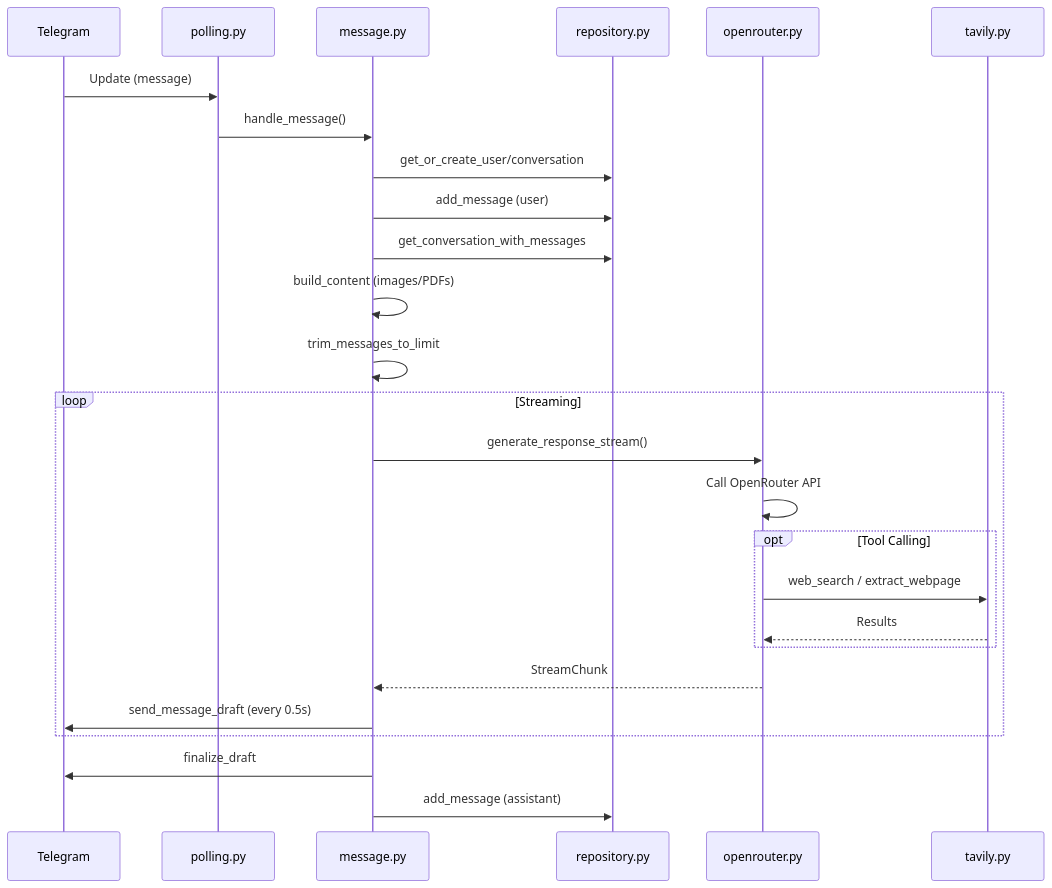
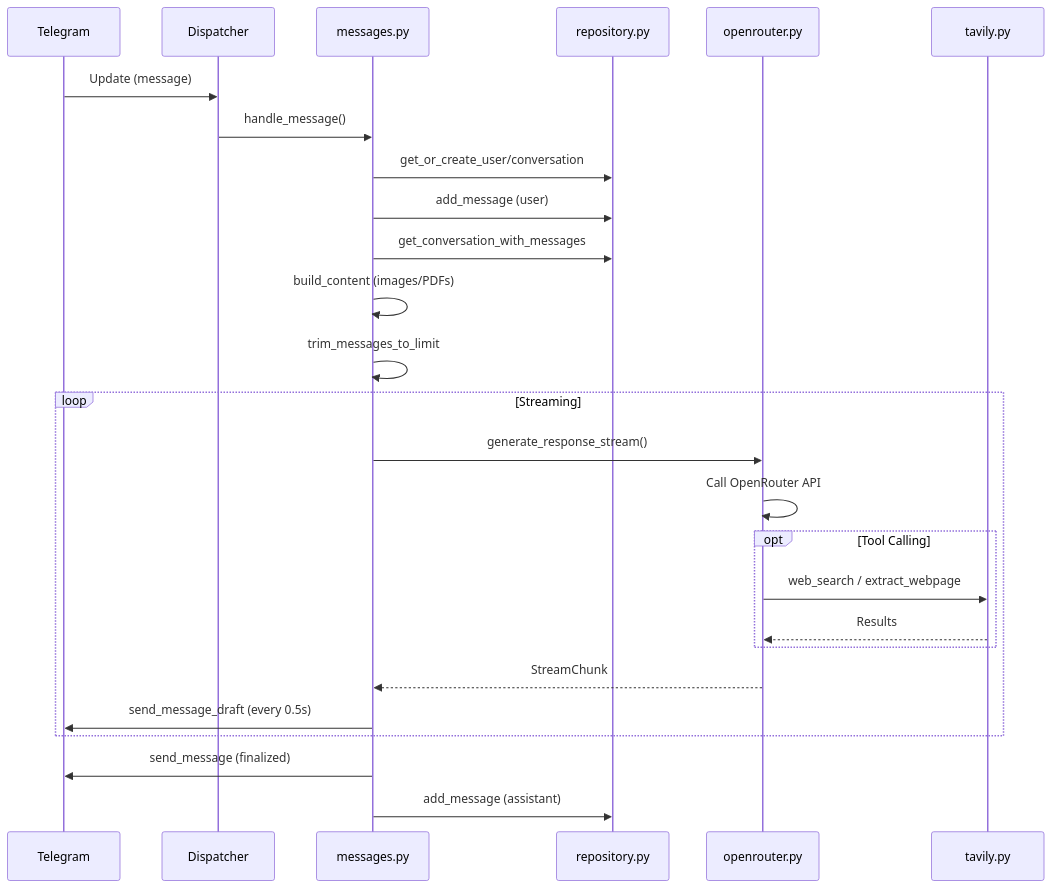
The second of 3 diagrams in docs/CODEBASE_MAP.md (karilaa-dev/ai-tg-bot), drawn with Mermaid before and after one commit. The commit also changed other lines of this file and 14 other files, not shown here.

````diff
--- a/docs/CODEBASE_MAP.md
+++ b/docs/CODEBASE_MAP.md
@@ -251,33 +246,33 @@
 ```mermaid
 sequenceDiagram
     participant TG as Telegram
-    participant Poll as polling.py
-    participant Msg as message.py
+    participant DP as Dispatcher
+    participant Msg as messages.py
     participant DB as repository.py
     participant AI as openrouter.py
     participant Tool as tavily.py
 
-    TG->>Poll: Update (message)
-    Poll->>Msg: handle_message()
+    TG->>DP: Update (message)
+    DP->>Msg: handle_message()
     Msg->>DB: get_or_create_user/conversation
     Msg->>DB: add_message (user)
     Msg->>DB: get_conversation_with_messages
     Msg->>Msg: build_content (images/PDFs)
     Msg->>Msg: trim_messages_to_limit
 
     loop Streaming
         Msg->>AI: generate_response_stream()
         AI->>AI: Call OpenRouter API
 
         opt Tool Calling
             AI->>Tool: web_search / extract_webpage
             Tool-->>AI: Results
         end
 
         AI-->>Msg: StreamChunk
         Msg->>TG: send_message_draft (every 0.5s)
     end
 
-    Msg->>TG: finalize_draft
+    Msg->>TG: send_message (finalized)
     Msg->>DB: add_message (assistant)
 ```
````
